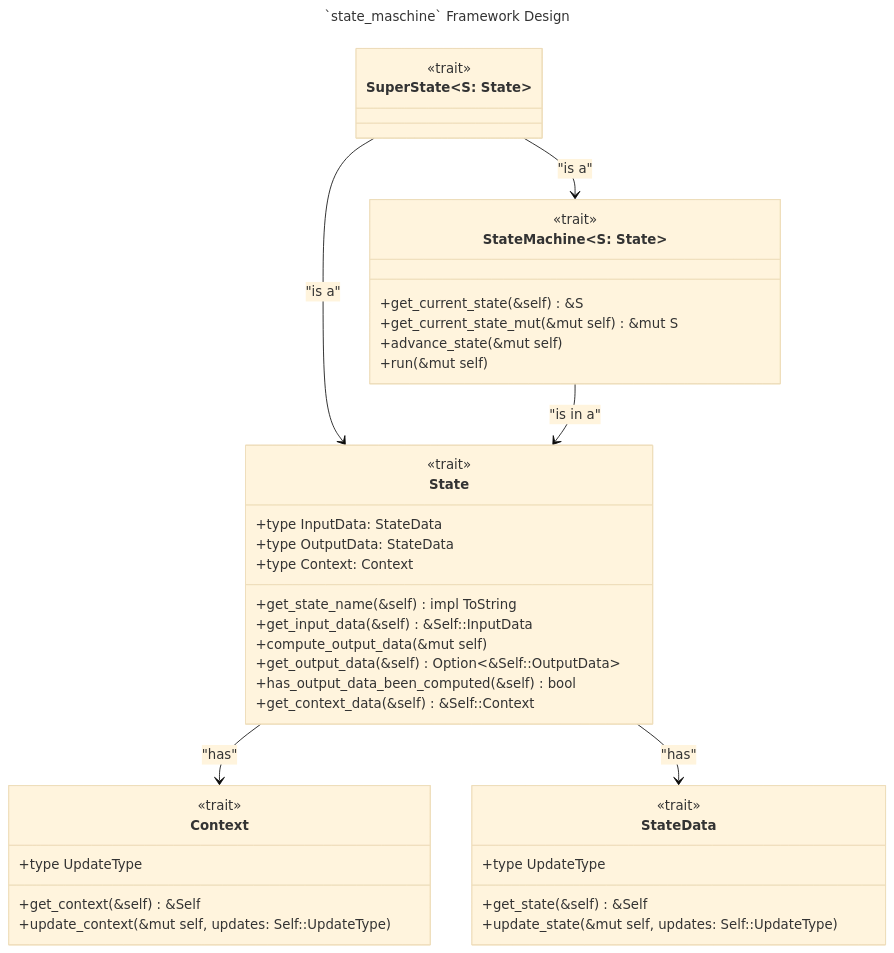
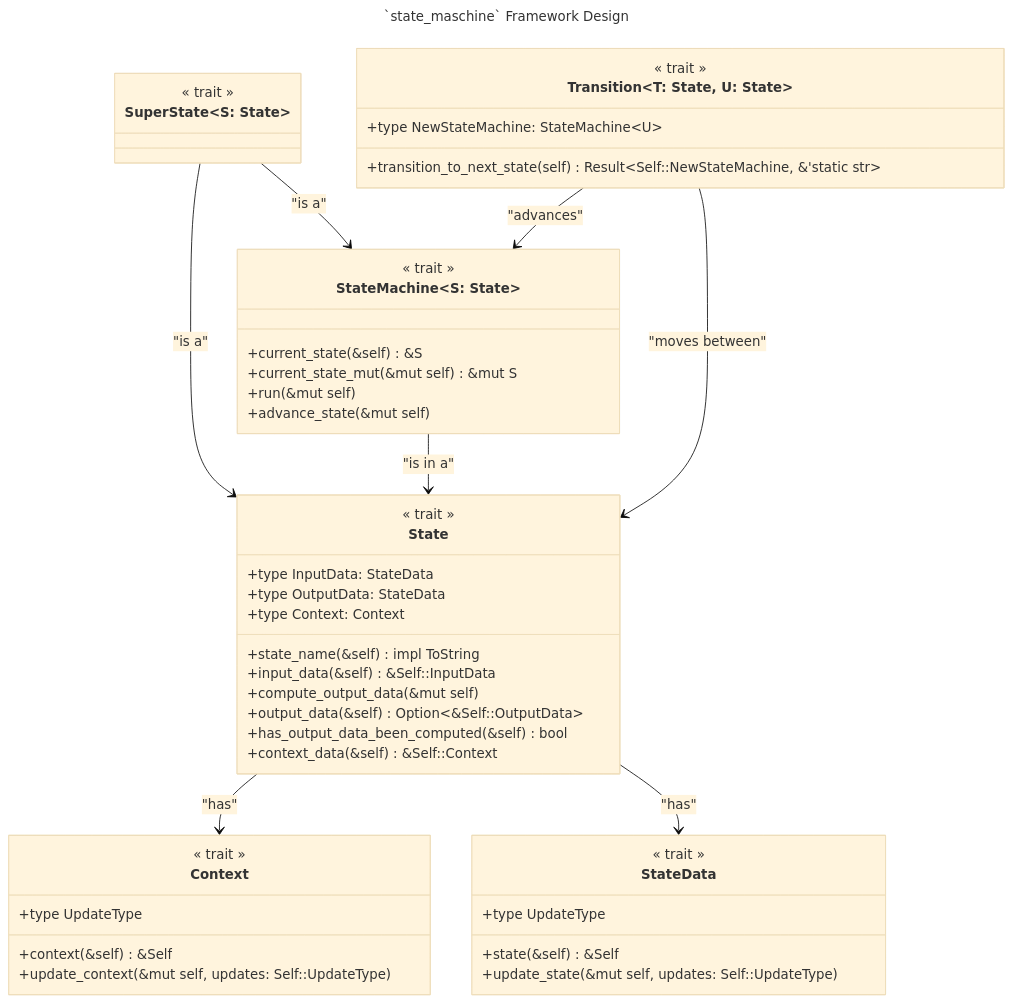
The diagram in state_machine/design/uml_class_diagram/state_machine_framework_design.md (ironcapitaleu/arkad), drawn with Mermaid (base theme) before and after one commit. The commit also changed 6 other files, not shown here.

First line of the commit message:
doc: diagram sync (#136)

````diff
--- a/state_machine/design/uml_class_diagram/state_machine_framework_design.md
+++ b/state_machine/design/uml_class_diagram/state_machine_framework_design.md
@@ -4,76 +4,92 @@
 ---
 classDiagram
     class StateMachine~S: State~{
-        <<trait>>
+        << trait >>
         %% This is a trait that represents a `StateMachine`.
 
         %% These are the trait methods that must be implemented by any `StateMachine`.
-        +get_current_state(&self) &S
-        +get_current_state_mut(&mut self) &mut S
+        +current_state(&self) &S
+        +current_state_mut(&mut self) &mut S
+        +run(&mut self)
         +advance_state(&mut self)
-        +run(&mut self)
     }
 
     class State {
-        <<trait>>
+        << trait >>
         %% This is a trait that represents a `State` in the `StateMachine`.
 
-        %% These are the associated types that represent the data associated with a `State`inside a `StateMachine' represents the data associated with a `State`.
+        %% These are the associated types that represent the data associated with a `State`.
         +type InputData: StateData
         +type OutputData: StateData
         +type Context: Context
 
         %% These are the trait methods that must be implemented by any `State` in the `StateMachine`.
-        +get_state_name(&self) impl ToString
-        +get_input_data(&self) &Self::InputData
+        +state_name(&self) impl ToString
+        +input_data(&self) &Self::InputData
         +compute_output_data(&mut self)
-        +get_output_data(&self) Option<&Self::OutputData>
+        +output_data(&self) Option~&Self::OutputData~
         +has_output_data_been_computed(&self) bool
-        +get_context_data(&self) &Self::Context
+        +context_data(&self) &Self::Context
     }
 
 
     class SuperState~S: State~ {
-        <<trait>>
+        << trait >>
         %% This is a trait that represents a `SuperState` in a hierarchical state machine.
         %% A `SuperState` must implement both `State` and `StateMachine<S>` traits.
 
         %% Associated types and methods are inherited from `State` and `StateMachine<S>`.
     }
 
+    class Transition~T: State, U: State~ {
+        << trait >>
+        %% This is a trait that represents a valid move from `State` T to `State` U.
+        %% It extends `StateMachine<T>`: only a machine currently at T can perform it.
+
+        %% The state machine type produced by the move.
+        +type NewStateMachine: StateMachine~U~
+
+        %% Consumes the state machine, so an outdated one cannot be reused after a transition.
+        +transition_to_next_state(self) Result~Self::NewStateMachine, &'static str~
+    }
+
     class Context {
-        <<trait>>
+        << trait >>
         %% This is a trait that defines the behavior and characteristics of context data that is available to a `State` in a `StateMachine`.
 
         %% Associated type for updates to the context data.
         +type UpdateType
 
         %% Methods defined by the `Context` trait.
-        +get_context(&self) &Self
+        +context(&self) &Self
         +update_context(&mut self, updates: Self::UpdateType)
     }    
 
     class StateData {
-        <<trait>>
+        << trait >>
         %% This is a trait that defines the behavior and characteristics of internal state data of a `State` in a `StateMachine`.
 
         %% Associated type for updates to the internal state data.
         +type UpdateType
 
         %% Methods defined by the `StateData` trait.
-        +get_state(&self) &Self
+        +state(&self) &Self
         +update_state(&mut self, updates: Self::UpdateType)
     }
 
     %% Relationships
-    %% `SuperState`is a `State` that is also a `StateMachine`
+    %% `SuperState` is a `State` that is also a `StateMachine`
     SuperState --> StateMachine : "is a"
     SuperState --> State : "is a"
 
-    %% A `StateMachine`is always in a specific `State`
+    %% A `StateMachine` is always in a specific `State`
     StateMachine --> State : "is in a"
 
-    %% A `State` stores internal `StateData`and has access to `Context`
+    %% A `Transition` is implemented on the `StateMachine` and moves it between `State`s
+    Transition --> StateMachine : "advances"
+    Transition --> State : "moves between"
+
+    %% A `State` stores internal `StateData` and has access to `Context`
     State --> Context : "has"
     State --> StateData : "has"
 ```
````
